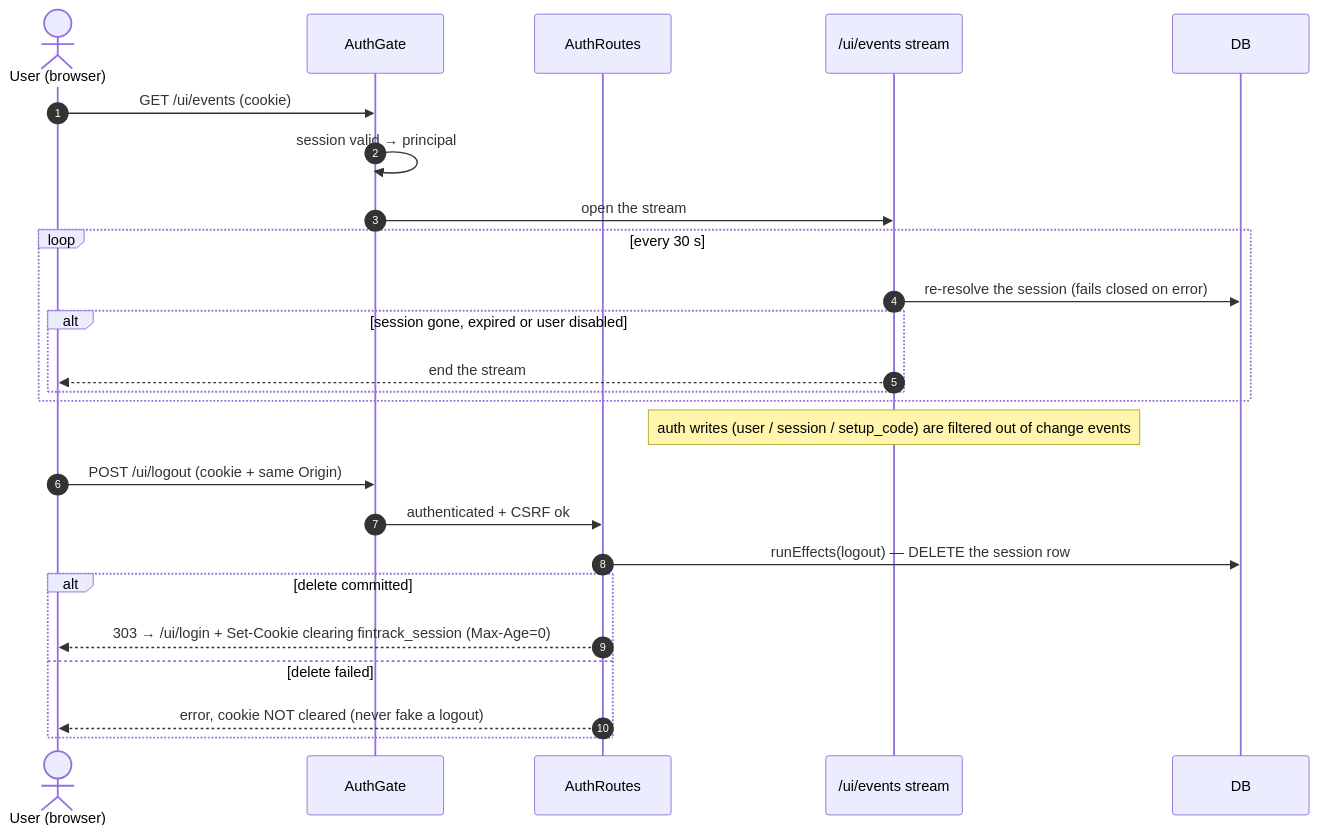
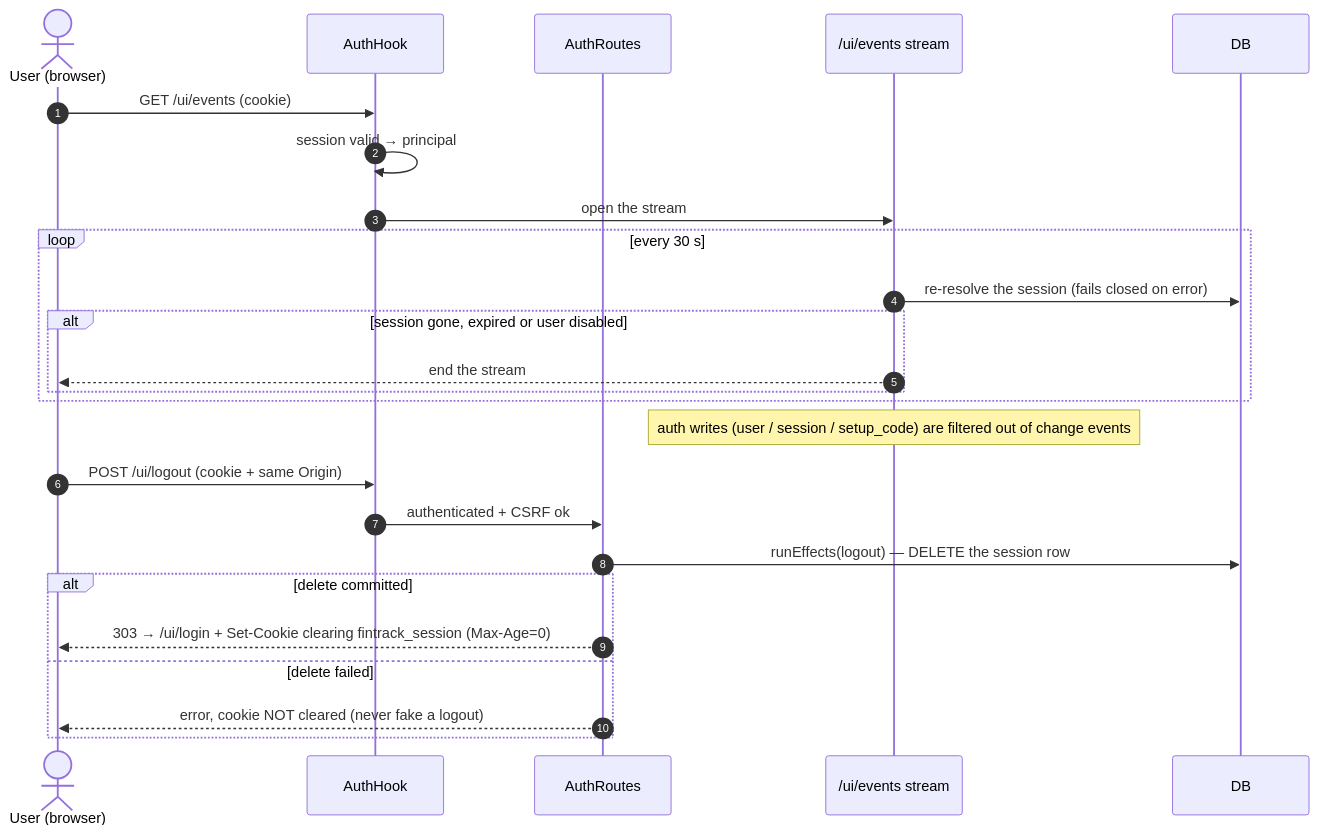
One commit to RafaelFCarneiro/patty changed the fifth of 7 diagrams in docs/auth-flows.md. Above: the diagram before and after it, drawn with Mermaid. The commit also changed other lines of this file and 4 other files, not shown here.

First line of the commit message:
test(db): parity test between the custom migration runner and drizzle's libSQL migrator; drift guard in the runner header and releasing.md; AuthHook naming in the flow diagrams

````diff
--- a/docs/auth-flows.md
+++ b/docs/auth-flows.md
@@ -164,29 +164,29 @@
 ```mermaid
 sequenceDiagram
     autonumber
     actor U as User (browser)
-    participant Gate as AuthGate
+    participant Hook as AuthHook
     participant Routes as AuthRoutes
     participant SSE as /ui/events stream
     participant DB
 
-    U->>Gate: GET /ui/events (cookie)
-    Gate->>Gate: session valid → principal
-    Gate->>SSE: open the stream
+    U->>Hook: GET /ui/events (cookie)
+    Hook->>Hook: session valid → principal
+    Hook->>SSE: open the stream
     loop every 30 s
         SSE->>DB: re-resolve the session (fails closed on error)
         alt session gone, expired or user disabled
             SSE-->>U: end the stream
         end
     end
     Note over SSE: auth writes (user / session / setup_code) are filtered out of change events
 
-    U->>Gate: POST /ui/logout (cookie + same Origin)
-    Gate->>Routes: authenticated + CSRF ok
+    U->>Hook: POST /ui/logout (cookie + same Origin)
+    Hook->>Routes: authenticated + CSRF ok
     Routes->>DB: runEffects(logout) — DELETE the session row
     alt delete committed
         Routes-->>U: 303 → /ui/login + Set-Cookie clearing fintrack_session (Max-Age=0)
     else delete failed
         Routes-->>U: error, cookie NOT cleared (never fake a logout)
     end
 ```
````
